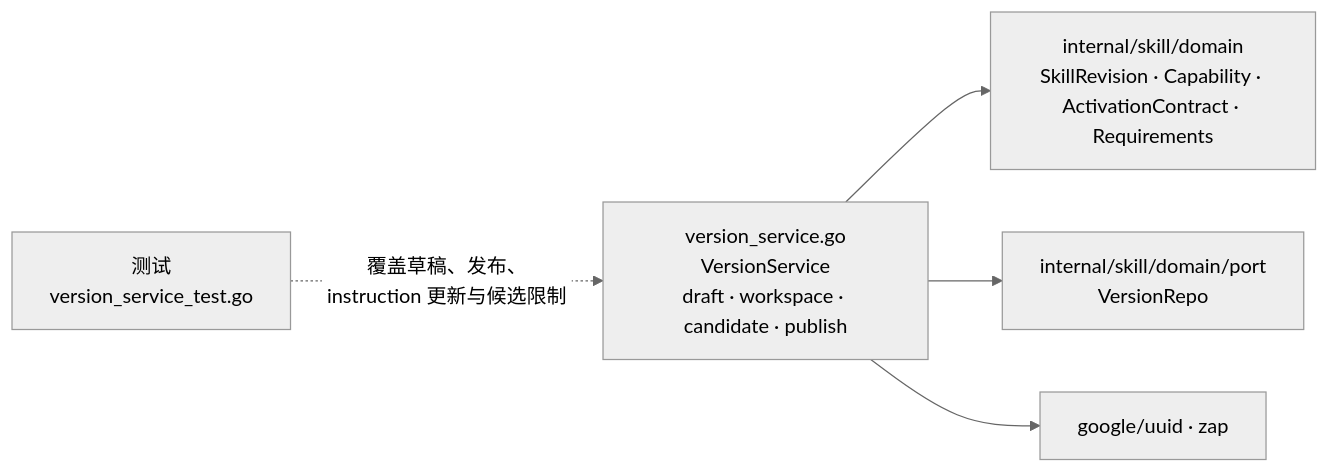
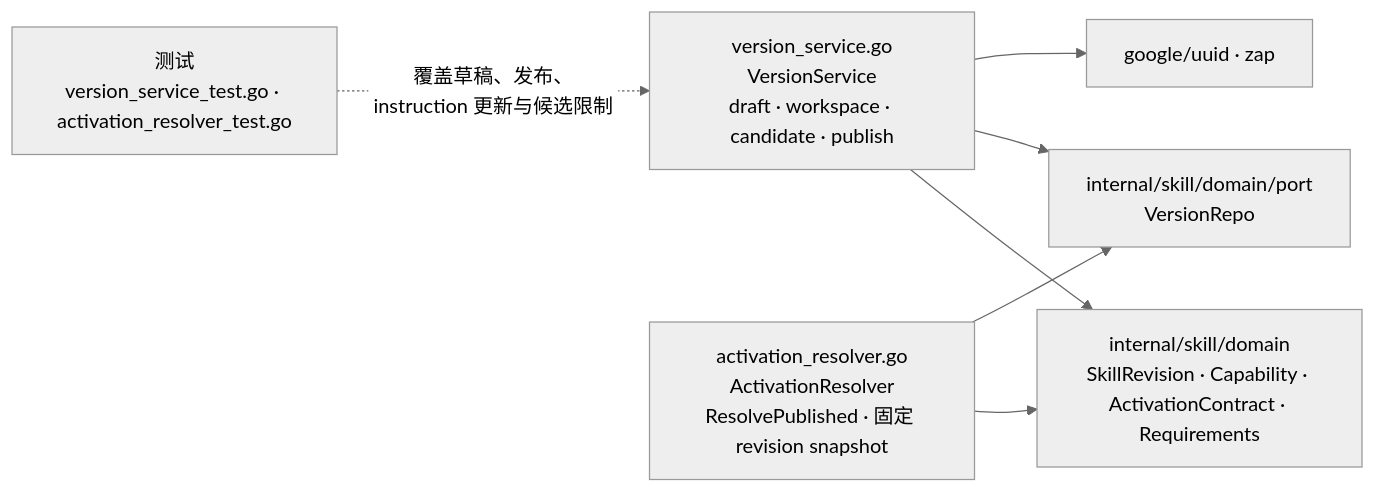
The diagram in docs/go-package-architecture/internal-skill-application.md (ArchChuan/Stratum), drawn with Mermaid (neutral theme) before and after one commit. The commit also changed other lines of this file and 12 other files, not shown here.

````diff
--- a/docs/go-package-architecture/internal-skill-application.md
+++ b/docs/go-package-architecture/internal-skill-application.md
@@ -7,12 +7,15 @@
 ```mermaid
 flowchart LR
   svc["version_service.go<br/>VersionService<br/>draft · workspace · candidate · publish"]
+  resolver["activation_resolver.go<br/>ActivationResolver<br/>ResolvePublished · 固定 revision snapshot"]
   domain["internal/skill/domain<br/>SkillRevision · Capability · ActivationContract · Requirements"]
   ports["internal/skill/domain/port<br/>VersionRepo"]
   ext["google/uuid · zap"]
-  tests["测试<br/>version_service_test.go"]
+  tests["测试<br/>version_service_test.go · activation_resolver_test.go"]
   svc --> domain
   svc --> ports
   svc --> ext
+  resolver --> domain
+  resolver --> ports
   tests -.覆盖草稿、发布、instruction 更新与候选限制.-> svc
 ```
````
